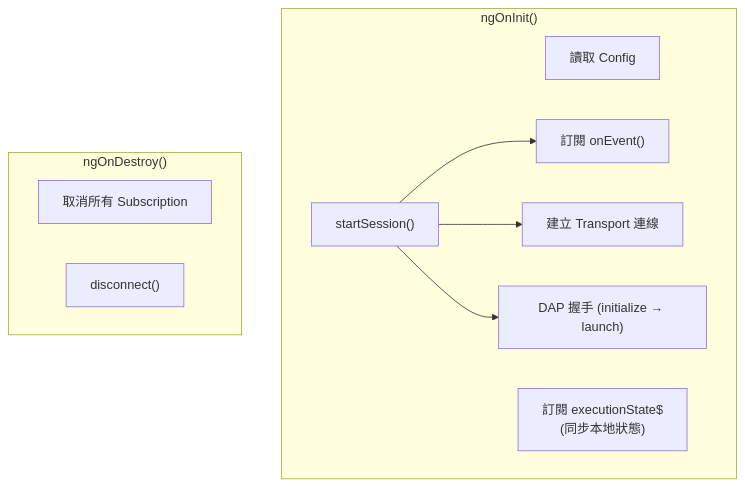
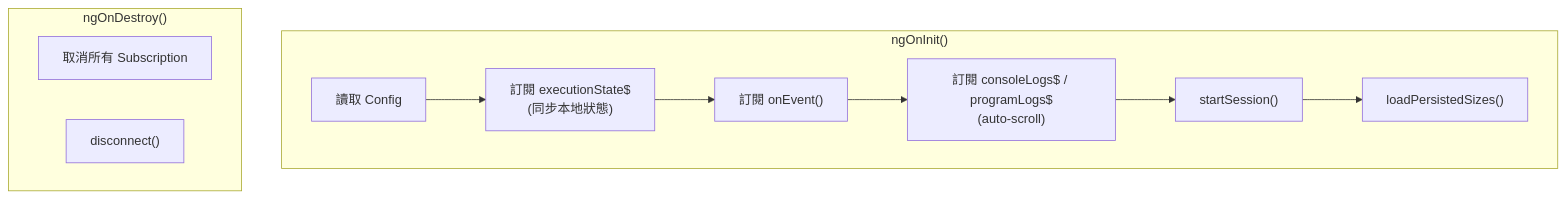
One commit to tangpo387-arch/taro-debugger changed the sixth of 9 diagrams in docs/architecture.md. Above: the diagram before and after it, drawn with Mermaid. The commit also changed other lines of this file and 1 other file, not shown here.

Commit message:
docs: Update architecture and testing protocol documentation.

````diff
--- a/docs/architecture.md
+++ b/docs/architecture.md
@@ -233,17 +247,18 @@
 ```mermaid
 graph TD
     subgraph ngOnInit ["ngOnInit()"]
         A1["讀取 Config"]
         A2["訂閱 executionState$<br/>(同步本地狀態)"]
-        A3["startSession()"]
-        
-        A3 --> B1["訂閱 onEvent()"]
-        A3 --> B2["建立 Transport 連線"]
-        A3 --> B3["DAP 握手 (initialize → launch)"]
+        A3["訂閱 onEvent()"]
+        A4["訂閱 consoleLogs$ / programLogs$<br/>(auto-scroll)"]
+        A5["startSession()"]
+        A6["loadPersistedSizes()"]
+
+        A1 --> A2 --> A3 --> A4 --> A5 --> A6
     end
 
     subgraph ngOnDestroy ["ngOnDestroy()"]
         C1["取消所有 Subscription"]
         C2["disconnect()"]
     end
 ```
````
